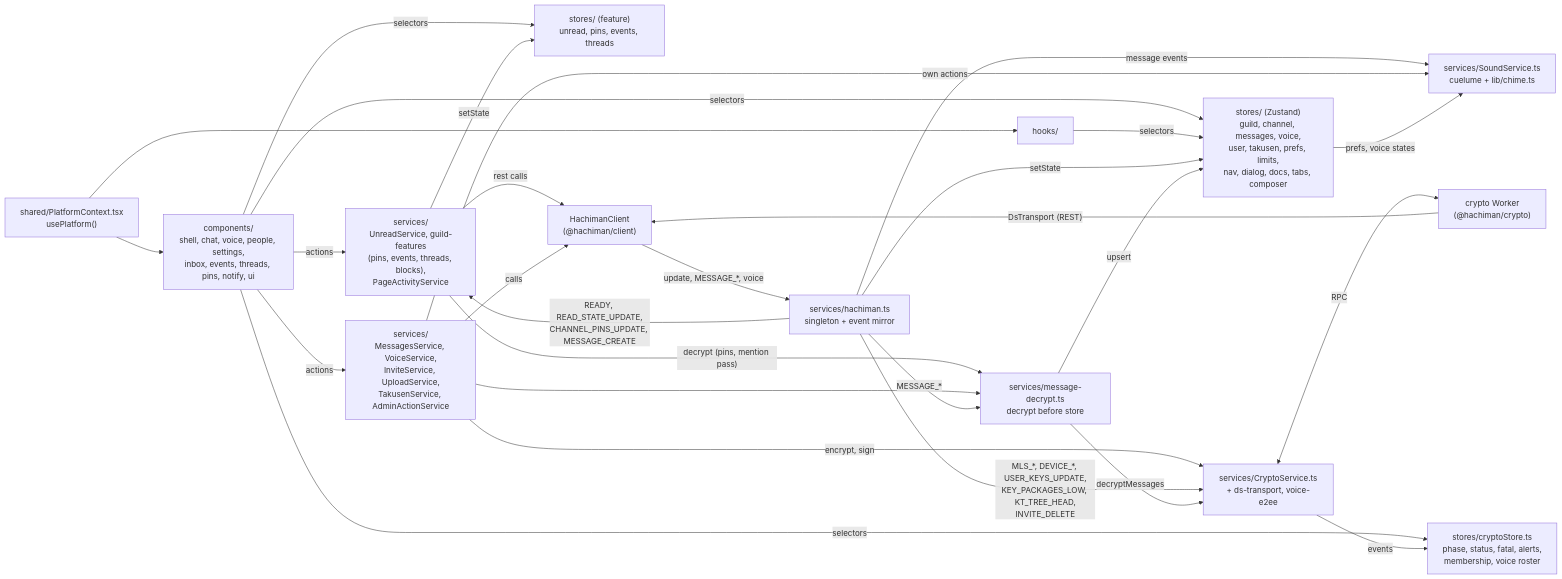
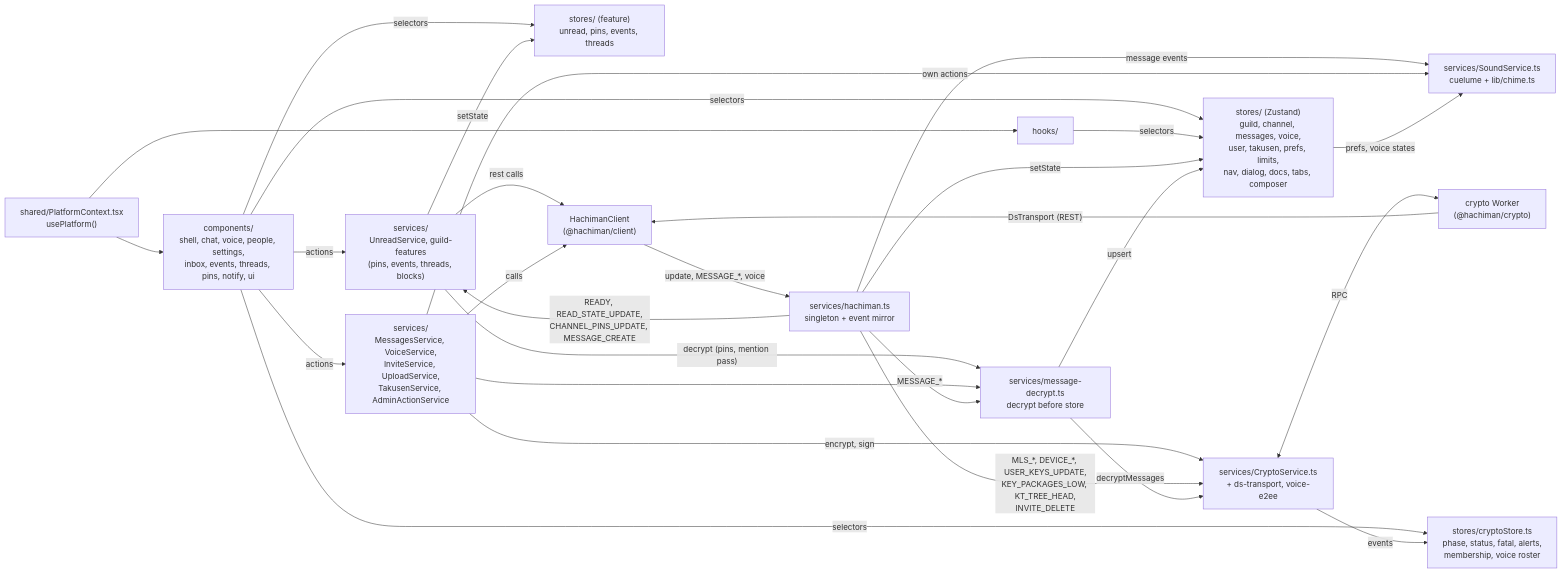
Before and after one commit to dan-hummelstad/hachiman: the second of 7 diagrams in apps/hachiman/README.md, drawn with Mermaid. The commit also changed other lines of this file and 18 other files, not shown here.

````diff
--- a/apps/hachiman/README.md
+++ b/apps/hachiman/README.md
@@ -77,45 +77,45 @@
 ```mermaid
 flowchart LR
   PC["shared/PlatformContext.tsx<br/>usePlatform()"]
   C["components/<br/>shell, chat, voice, people, settings,<br/>inbox, events, threads, pins, notify, ui"]
   HK["hooks/"]
   ST["stores/ (Zustand)<br/>guild, channel, messages, voice,<br/>user, takusen, prefs, limits,<br/>nav, dialog, docs, tabs, composer"]
   FST["stores/ (feature)<br/>unread, pins, events, threads"]
   CST["stores/cryptoStore.ts<br/>phase, status, fatal, alerts,<br/>membership, voice roster"]
   SV["services/<br/>MessagesService, VoiceService,<br/>InviteService, UploadService,<br/>TakusenService, AdminActionService"]
-  FSV["services/<br/>UnreadService, guild-features<br/>(pins, events, threads, blocks),<br/>PageActivityService"]
+  FSV["services/<br/>UnreadService, guild-features<br/>(pins, events, threads, blocks)"]
   H["services/hachiman.ts<br/>singleton + event mirror"]
   HC["HachimanClient<br/>(@hachiman/client)"]
   CS["services/CryptoService.ts<br/>+ ds-transport, voice-e2ee"]
   MD["services/message-decrypt.ts<br/>decrypt before store"]
   CW["crypto Worker<br/>(@hachiman/crypto)"]
   SND["services/SoundService.ts<br/>cuelume + lib/chime.ts"]
 
   PC --> C
   PC --> HK
   C -- selectors --> ST
   HK -- selectors --> ST
   C -- selectors --> FST
   C -- actions --> FSV
   FSV -- "rest calls" --> HC
   FSV -- "decrypt (pins, mention pass)" --> MD
   FSV -- setState --> FST
   H -- "READY, READ_STATE_UPDATE,<br/>CHANNEL_PINS_UPDATE, MESSAGE_CREATE" --> FSV
   C -- actions --> SV
   C -- selectors --> CST
   SV -- calls --> HC
   SV -- "encrypt, sign" --> CS
   SV --> MD
   HC -- "update, MESSAGE_*, voice" --> H
   H -- setState --> ST
   H -- "MESSAGE_*" --> MD
   H -- "MLS_*, DEVICE_*, USER_KEYS_UPDATE,<br/>KEY_PACKAGES_LOW, KT_TREE_HEAD,<br/>INVITE_DELETE" --> CS
   MD -- decryptMessages --> CS
   MD -- upsert --> ST
   CS <-- RPC --> CW
   CW -- "DsTransport (REST)" --> HC
   CS -- events --> CST
   H -- message events --> SND
   SV -- own actions --> SND
   ST -- "prefs, voice states" --> SND
 ```
````
